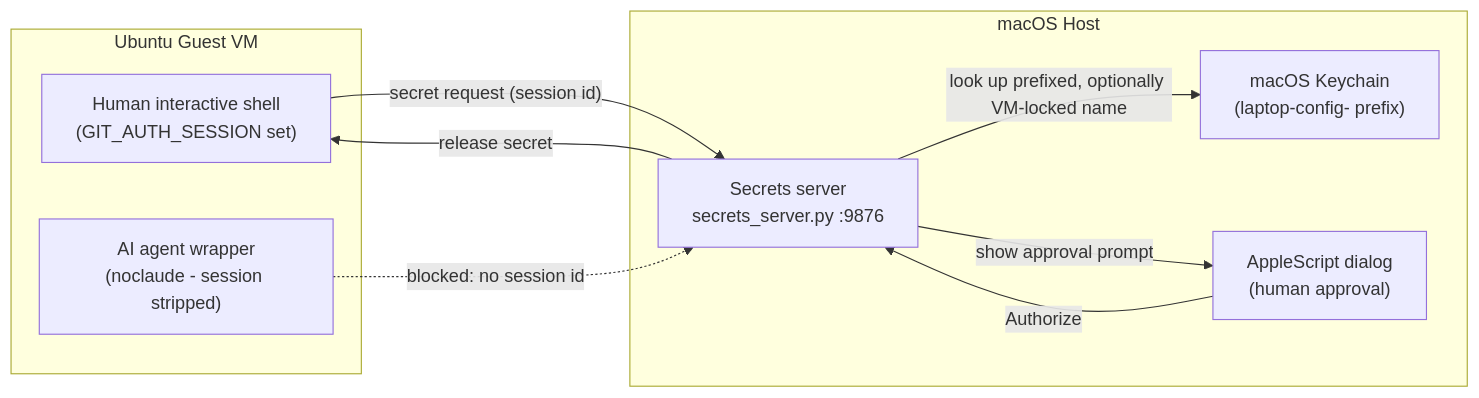
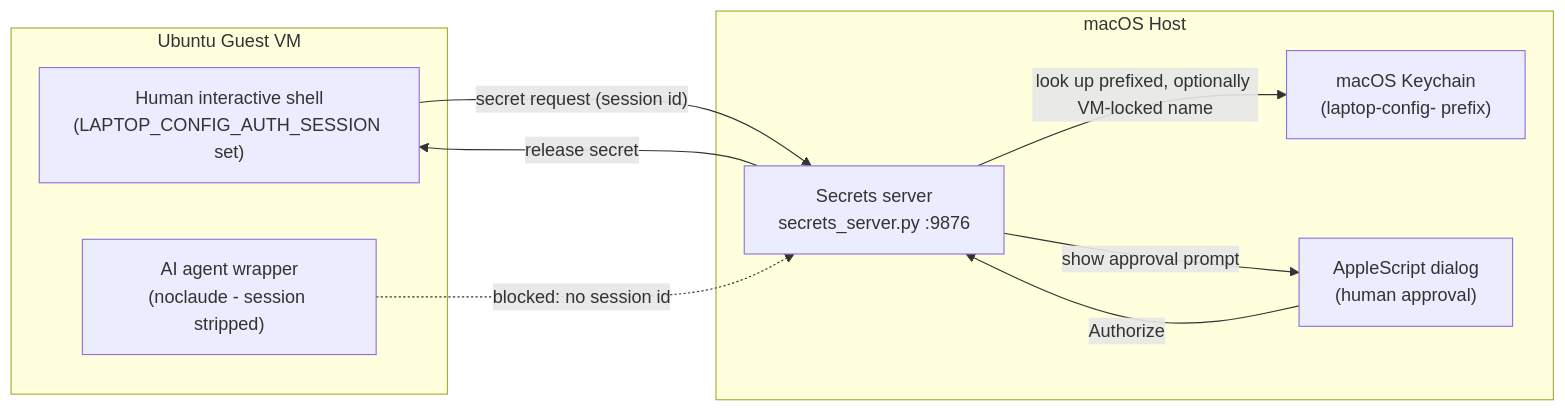
Before and after one commit to david-a-wheeler/laptop-config: the diagram in architecture.md, drawn with Mermaid. The commit also changed other lines of this file and 8 other files, not shown here.

````diff
--- a/architecture.md
+++ b/architecture.md
@@ -35,20 +35,20 @@
 ```mermaid
 flowchart LR
     subgraph VM["Ubuntu Guest VM"]
-        Human["Human interactive shell<br/>(GIT_AUTH_SESSION set)"]
+        Human["Human interactive shell<br/>(LAPTOP_CONFIG_AUTH_SESSION set)"]
         Agent["AI agent wrapper<br/>(noclaude - session stripped)"]
     end
 
     subgraph Host["macOS Host"]
         Server["Secrets server<br/>secrets_server.py :9876"]
         Dialog["AppleScript dialog<br/>(human approval)"]
         Keychain["macOS Keychain<br/>(laptop-config- prefix)"]
     end
 
     Human -- "secret request (session id)" --> Server
     Agent -. "blocked: no session id" .-> Server
     Server -- "look up prefixed, optionally VM-locked name" --> Keychain
     Server -- "show approval prompt" --> Dialog
     Dialog -- "Authorize" --> Server
     Server -- "release secret" --> Human
 ```
````
